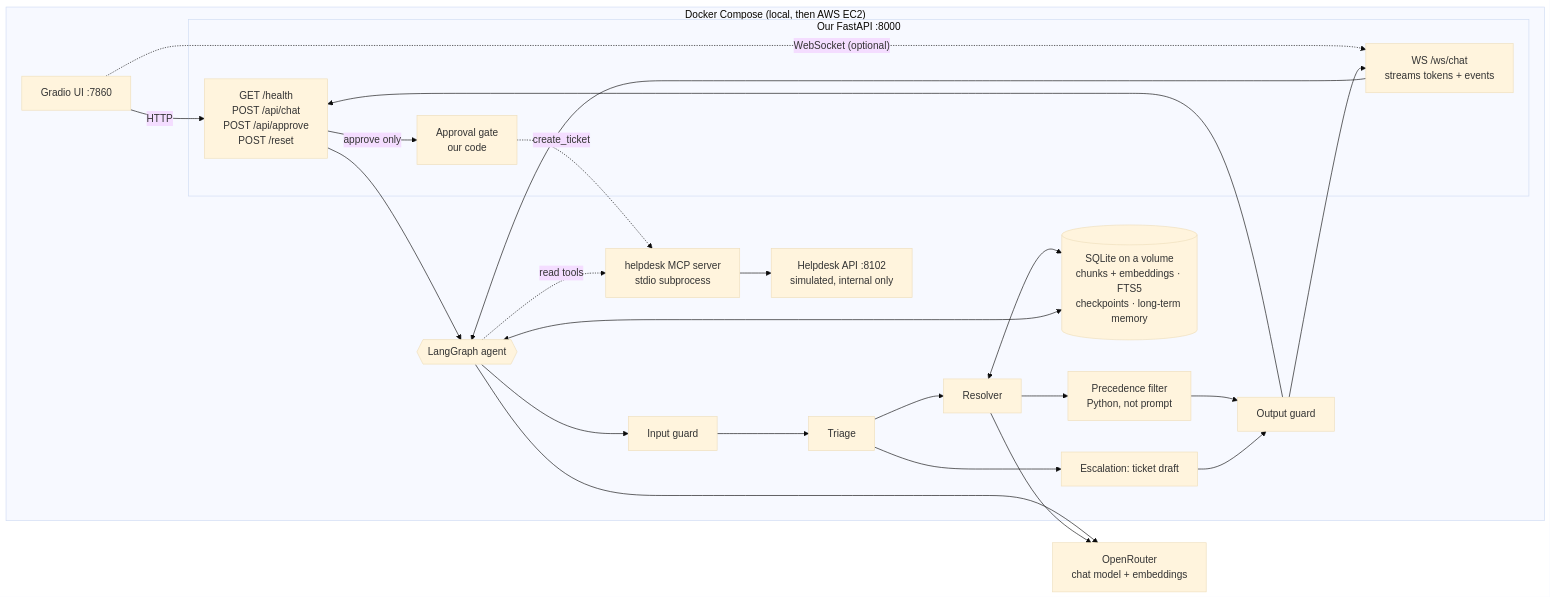
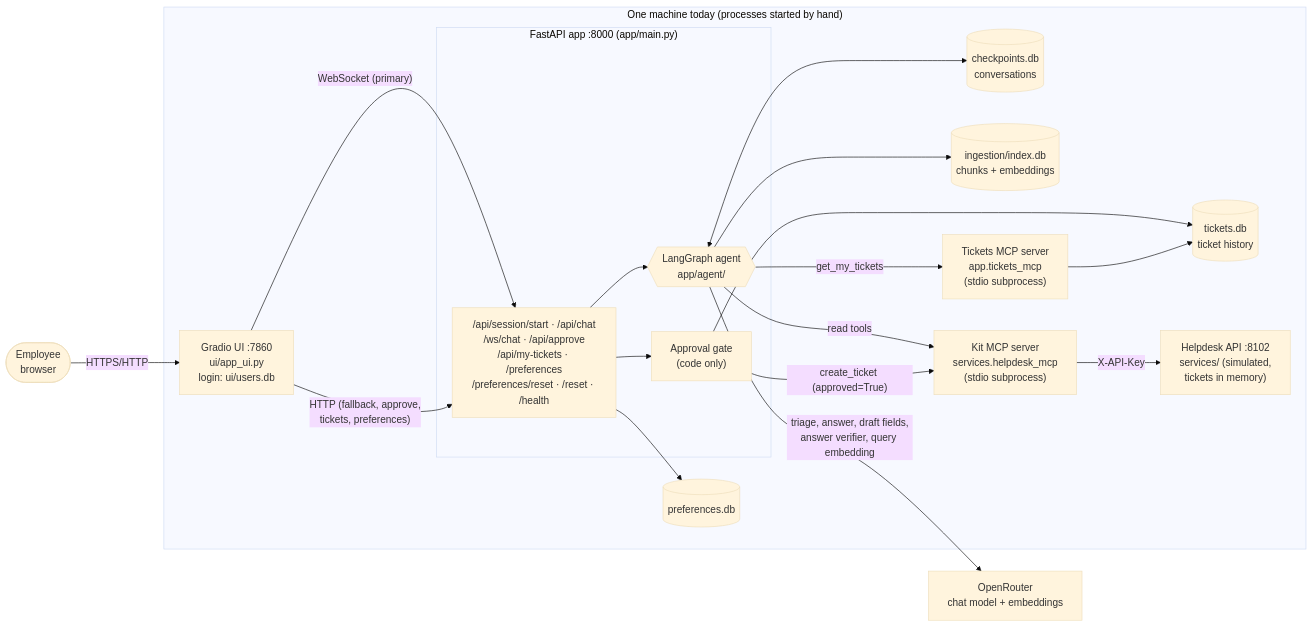
The first of 4 diagrams in DESIGN.md (DianaAtieh/it-helpdesk-agent), drawn with Mermaid (base theme) before and after one commit. The commit also changed other lines of this file and 1 other file, not shown here.

````diff
--- a/DESIGN.md
+++ b/DESIGN.md
@@ -15,38 +18,36 @@
 ```mermaid
 flowchart LR
-    subgraph HOST["Docker Compose (local, then AWS EC2)"]
-        UI[Gradio UI :7860]
-        subgraph APP["Our FastAPI :8000"]
-            HTTP["GET /health<br/>POST /api/chat<br/>POST /api/approve<br/>POST /reset"]
-            WS["WS /ws/chat<br/>streams tokens + events"]
-            GATE[Approval gate<br/>our code]
+    U(["Employee<br/>browser"])
+    subgraph HOST["One machine today (processes started by hand)"]
+        UI["Gradio UI :7860<br/>ui/app_ui.py<br/>login: ui/users.db"]
+        subgraph APP["FastAPI app :8000 (app/main.py)"]
+            EP["/api/session/start · /api/chat<br/>/ws/chat · /api/approve<br/>/api/my-tickets · /preferences<br/>/preferences/reset · /reset · /health"]
+            GATE["Approval gate<br/>(code only)"]
+            G{{"LangGraph agent<br/>app/agent/"}}
         end
-        G{{LangGraph agent}}
-        IG[Input guard] --> T[Triage]
-        T --> R[Resolver]
-        R --> P[Precedence filter<br/>Python, not prompt]
-        P --> OG[Output guard]
-        T --> E[Escalation: ticket draft]
-        E --> OG
-        DB[(SQLite on a volume<br/>chunks + embeddings · FTS5<br/>checkpoints · long-term memory)]
-        MCP[helpdesk MCP server<br/>stdio subprocess]
-        HD[Helpdesk API :8102<br/>simulated, internal only]
+        CP[("checkpoints.db<br/>conversations")]
+        TDB[("tickets.db<br/>ticket history")]
+        PDB[("preferences.db")]
+        IDX[("ingestion/index.db<br/>chunks + embeddings")]
+        KMCP["Kit MCP server<br/>services.helpdesk_mcp<br/>(stdio subprocess)"]
+        TMCP["Tickets MCP server<br/>app.tickets_mcp<br/>(stdio subprocess)"]
+        HD["Helpdesk API :8102<br/>services/ (simulated,<br/>tickets in memory)"]
     end
-    OR[OpenRouter<br/>chat model + embeddings]
+    OR["OpenRouter<br/>chat model + embeddings"]
 
-    UI -- HTTP --> HTTP
-    UI -. "WebSocket (optional)" .-> WS
-    HTTP --> G
-    WS --> G
-    G --> IG
-    OG --> HTTP
-    OG --> WS
-    R <--> DB
-    G <--> DB
-    G --> OR
-    R --> OR
-    G -. read tools .-> MCP
-    HTTP -- "approve only" --> GATE
-    GATE -. create_ticket .-> MCP
-    MCP --> HD
+    U -- "HTTPS/HTTP" --> UI
+    UI -- "WebSocket (primary)" --> EP
+    UI -- "HTTP (fallback, approve,<br/>tickets, preferences)" --> EP
+    EP --> G
+    EP --> GATE
+    G <--> CP
+    G -- "read tools" --> KMCP
+    G -- "get_my_tickets" --> TMCP
+    GATE -- "create_ticket (approved=True)" --> KMCP
+    GATE --> TDB
+    TMCP --> TDB
+    EP --> PDB
+    G --> IDX
+    G -- "triage, answer, draft fields,<br/>answer verifier, query embedding" --> OR
+    KMCP -- "X-API-Key" --> HD
 ```
````
